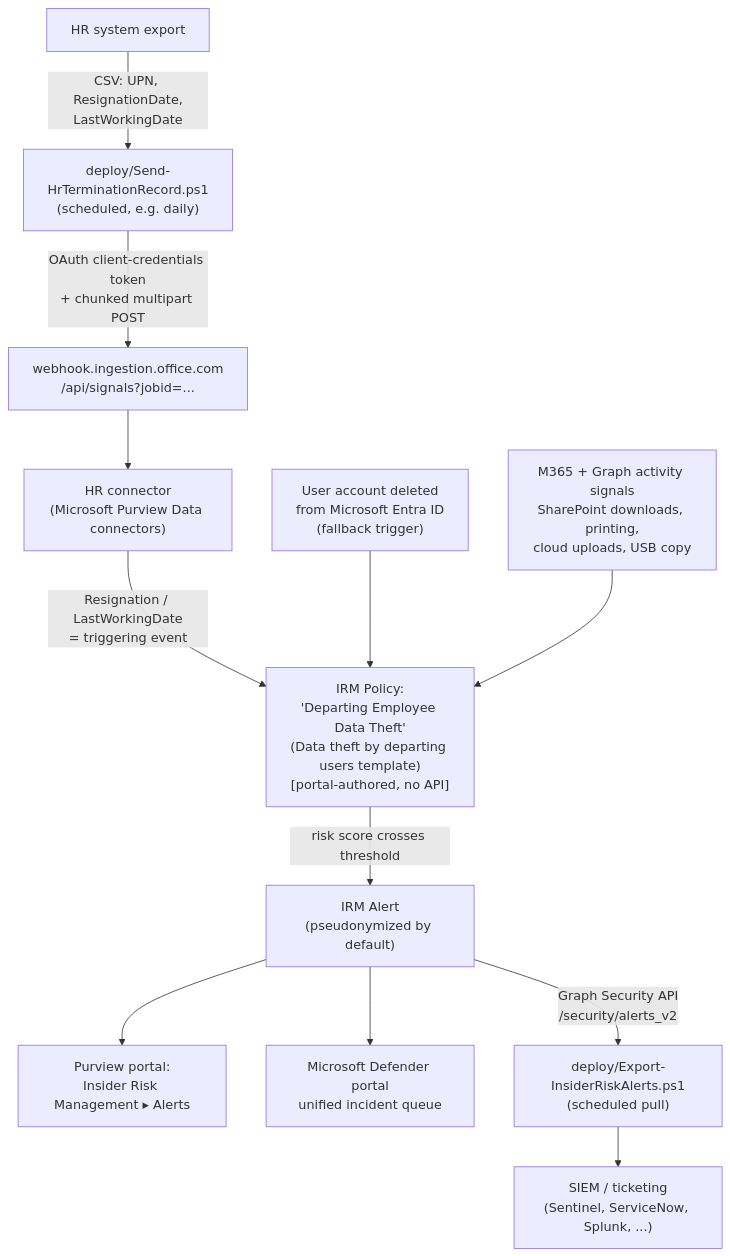
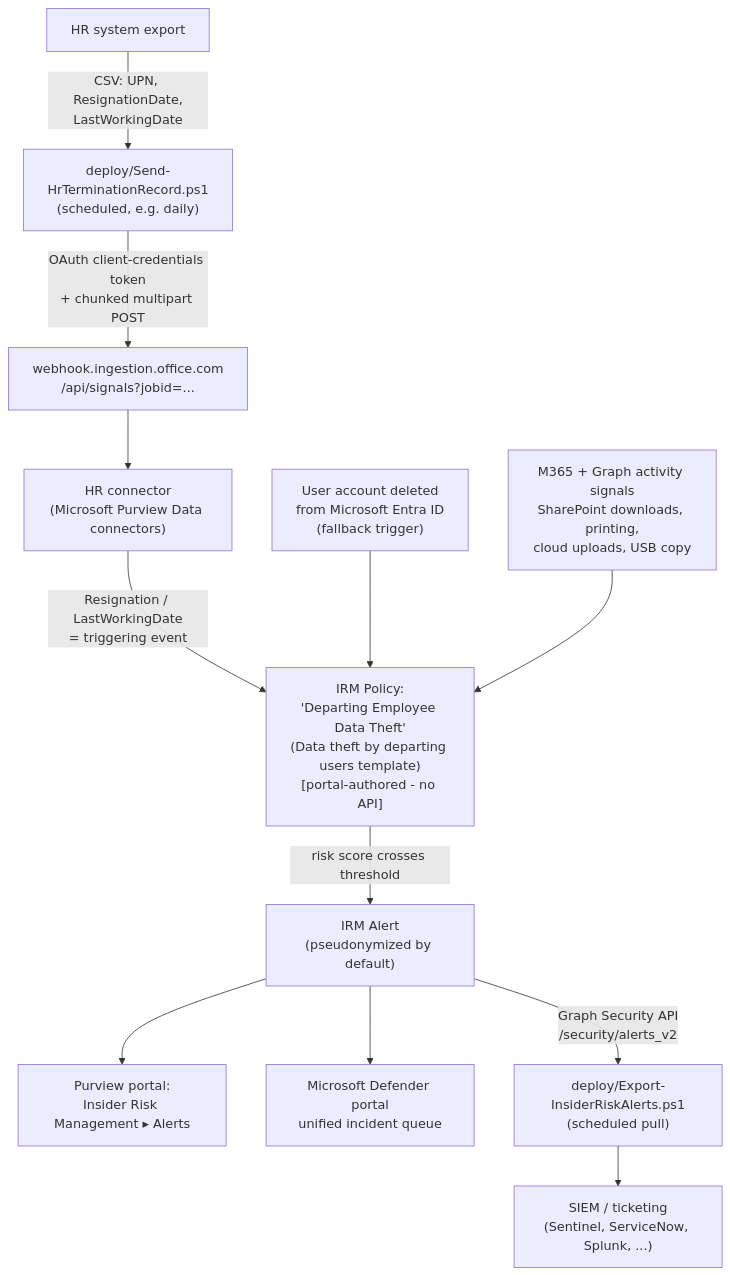
The diagram in src/content/scenarios/insider-risk/departing-employee-data-theft.design.md (kpsec1/kpsec1.github.io), drawn with Mermaid before and after one commit. The commit also changed other lines of this file and 374 other files, not shown here.

````diff
--- a/src/content/scenarios/insider-risk/departing-employee-data-theft.design.md
+++ b/src/content/scenarios/insider-risk/departing-employee-data-theft.design.md
@@ -70,14 +70,14 @@
 ```mermaid
 flowchart TD
     HR[HR system export] -->|"CSV: UPN, ResignationDate,\nLastWorkingDate"| Script["deploy/Send-HrTerminationRecord.ps1\n(scheduled, e.g. daily)"]
     Script -->|"OAuth client-credentials token\n+ chunked multipart POST"| Ingest["webhook.ingestion.office.com\n/api/signals?jobid=..."]
     Ingest --> Connector["HR connector\n(Microsoft Purview Data connectors)"]
-    Connector -->|"Resignation / LastWorkingDate\n= triggering event"| Policy["IRM Policy:\n'Departing Employee Data Theft'\n(Data theft by departing users template)\n[portal-authored, no API]"]
+    Connector -->|"Resignation / LastWorkingDate\n= triggering event"| Policy["IRM Policy:\n'Departing Employee Data Theft'\n(Data theft by departing users template)\n[portal-authored - no API]"]
     EntraDel["User account deleted\nfrom Microsoft Entra ID\n(fallback trigger)"] --> Policy
     M365[M365 + Graph activity signals\nSharePoint downloads, printing,\ncloud uploads, USB copy] --> Policy
     Policy -->|risk score crosses threshold| Alert["IRM Alert\n(pseudonymized by default)"]
     Alert --> Dashboard["Purview portal:\nInsider Risk Management ▸ Alerts"]
     Alert --> Defender["Microsoft Defender portal\nunified incident queue"]
     Alert -->|"Graph Security API\n/security/alerts_v2"| Export["deploy/Export-InsiderRiskAlerts.ps1\n(scheduled pull)"]
     Export --> SIEM["SIEM / ticketing\n(Sentinel, ServiceNow, Splunk, ...)"]
 ```
````
